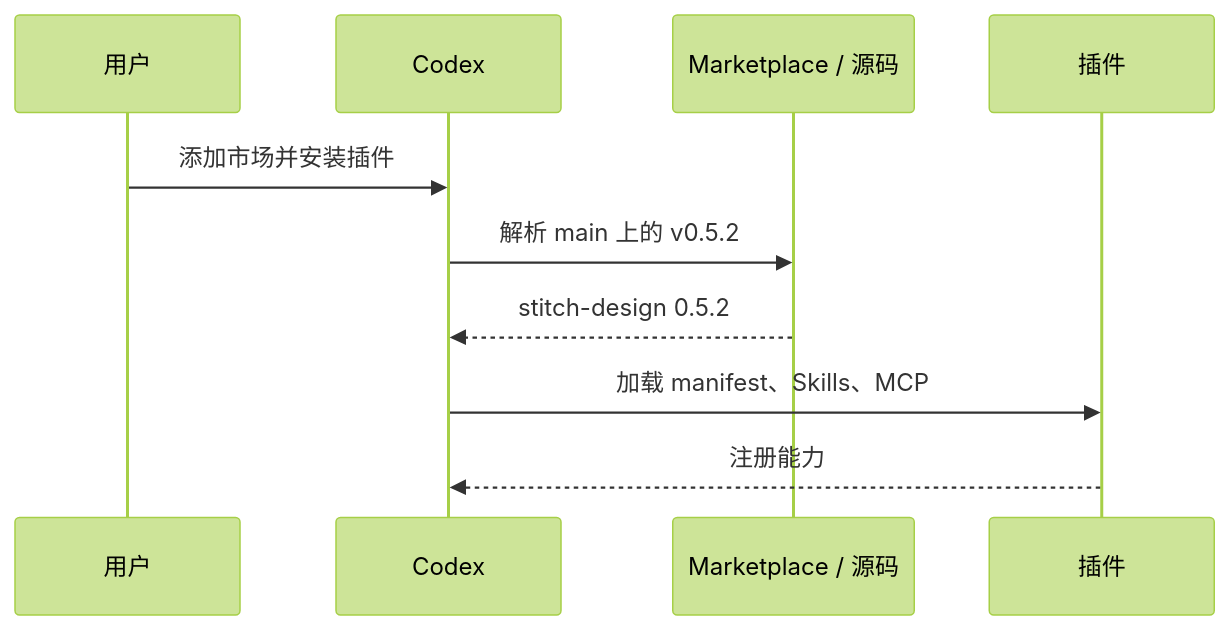
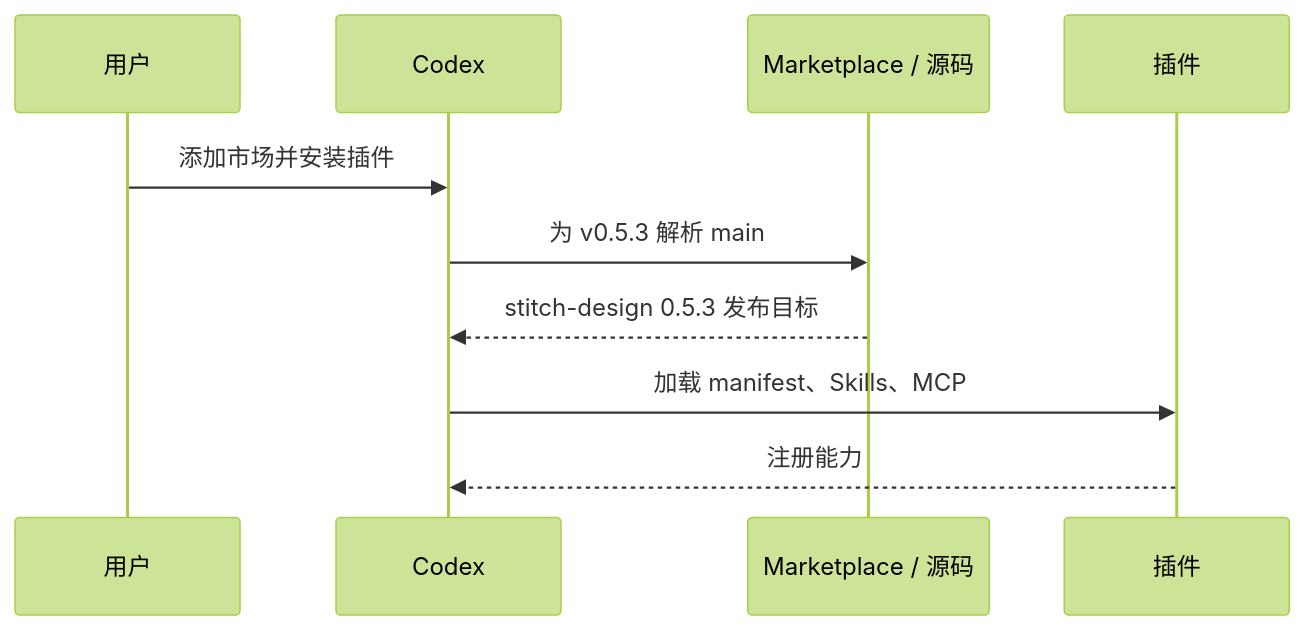
The seventh of 11 diagrams in docs/Stitch-Design-Architecture.zh_CN.md (full-stack-plugins/stitch-design-plugin), drawn with Mermaid (forest theme) before and after one commit. The commit also changed other lines of this file and 12 other files, not shown here.

Commit message:
chore: prepare Stitch Design 0.5.3

````diff
--- a/docs/Stitch-Design-Architecture.zh_CN.md
+++ b/docs/Stitch-Design-Architecture.zh_CN.md
@@ -158,12 +158,12 @@
 ```mermaid
 sequenceDiagram
     participant U as 用户
     participant C as Codex
     participant M as Marketplace / 源码
     participant P as 插件
     U->>C: 添加市场并安装插件
-    C->>M: 解析 main 上的 v0.5.2
-    M-->>C: stitch-design 0.5.2
+    C->>M: 为 v0.5.3 解析 main
+    M-->>C: stitch-design 0.5.3 发布目标
     C->>P: 加载 manifest、Skills、MCP
     P-->>C: 注册能力
 ```
````
